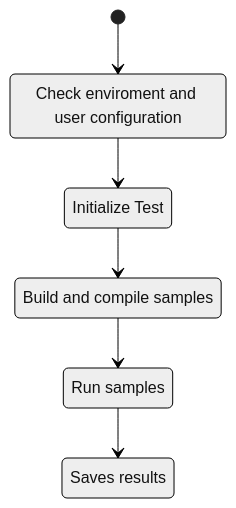
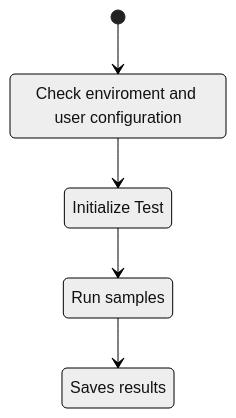
The diagram in impl/README.md (bspena/Comunications-Mechanisms-Comparison-on-FPGA), drawn with Mermaid (neutral theme) before and after one commit. The commit also changed other lines of this file and 5 other files, not shown here.

````diff
--- a/impl/README.md
+++ b/impl/README.md
@@ -16,14 +16,12 @@
 ```mermaid
 stateDiagram-v2
     s1: Check enviroment and user configuration
     s2: Initialize Test
-    s3: Build and compile samples
-    s4: Run samples
-    s5: Saves results
+    s3: Run samples
+    s4: Saves results
         
         [*] --> s1
         s1 --> s2
         s2 --> s3
         s3 --> s4
-        s4 --> s5
 ```
````
